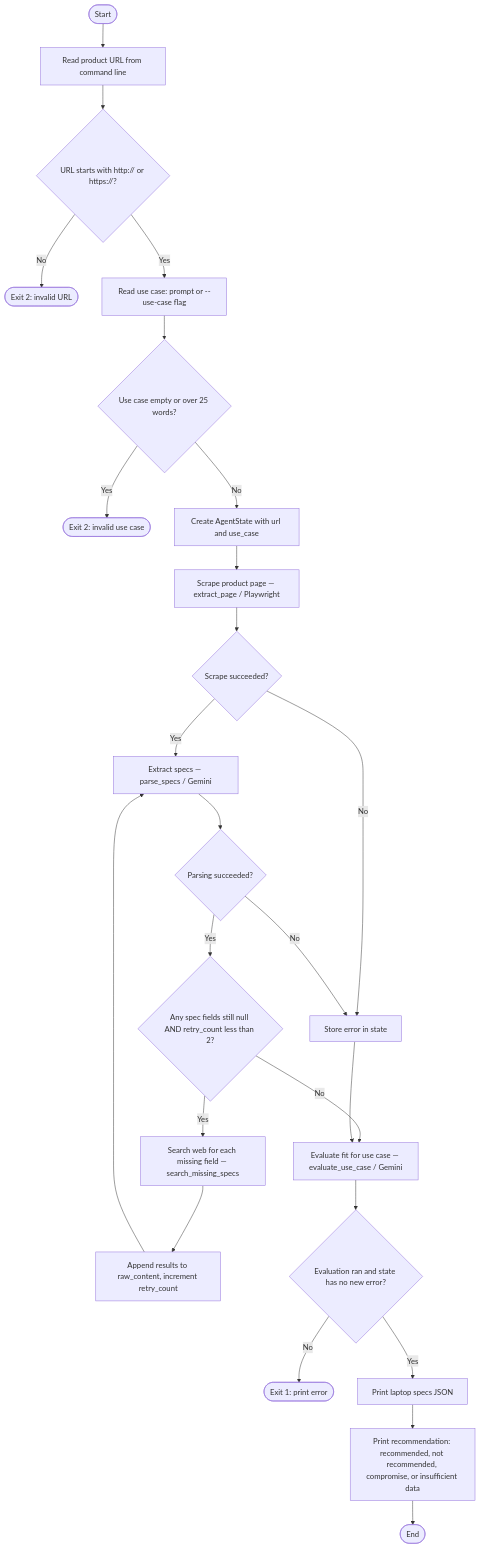
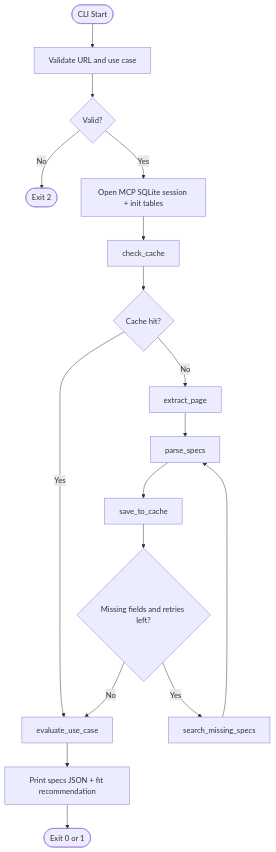
Before and after one commit to divekarsc/laptop-spec-agent: the second of 2 diagrams in README.md, drawn with Mermaid. The commit also changed other lines of this file and 15 other files, not shown here.

First line of the commit message:
Add MCP SQLite spec cache and expanded laptop fields.

````diff
--- a/README.md
+++ b/README.md
@@ -38,30 +66,19 @@
 ```mermaid
 flowchart TD
-    A([Start]) --> B[Read product URL from command line]
-    B --> C{URL starts with http:// or https://?}
-    C -->|No| D([Exit 2: invalid URL])
-    C -->|Yes| E[Read use case: prompt or --use-case flag]
-    E --> F{Use case empty or over 25 words?}
-    F -->|Yes| G([Exit 2: invalid use case])
-    F -->|No| H[Create AgentState with url and use_case]
-
-    H --> I[Scrape product page — extract_page / Playwright]
-    I --> J{Scrape succeeded?}
-    J -->|No| K[Store error in state]
-    J -->|Yes| L[Extract specs — parse_specs / Gemini]
-
-    L --> M{Parsing succeeded?}
-    M -->|No| K
-    M -->|Yes| N{Any spec fields still null AND retry_count less than 2?}
-    N -->|Yes| O[Search web for each missing field — search_missing_specs]
-    O --> P[Append results to raw_content, increment retry_count]
-    P --> L
-    N -->|No| Q[Evaluate fit for use case — evaluate_use_case / Gemini]
-
-    K --> Q
-    Q --> R{Evaluation ran and state has no new error?}
-    R -->|No| S([Exit 1: print error])
-    R -->|Yes| T[Print laptop specs JSON]
-    T --> U[Print recommendation: recommended, not recommended, compromise, or insufficient data]
-    U --> V([End])
+    A([CLI Start]) --> B[Validate URL and use case]
+    B --> C{Valid?}
+    C -->|No| D([Exit 2])
+    C -->|Yes| G[Open MCP SQLite session + init tables]
+    G --> CACHE[check_cache]
+    CACHE --> HIT{Cache hit?}
+    HIT -->|Yes| FIT[evaluate_use_case]
+    HIT -->|No| SCRAPE[extract_page]
+    SCRAPE --> PARSE[parse_specs]
+    PARSE --> SAVE[save_to_cache]
+    SAVE --> LOOP{Missing fields and retries left?}
+    LOOP -->|Yes| SEARCH[search_missing_specs]
+    SEARCH --> PARSE
+    LOOP -->|No| FIT
+    FIT --> OUT[Print specs JSON + fit recommendation]
+    OUT --> Z([Exit 0 or 1])
 ```
````
